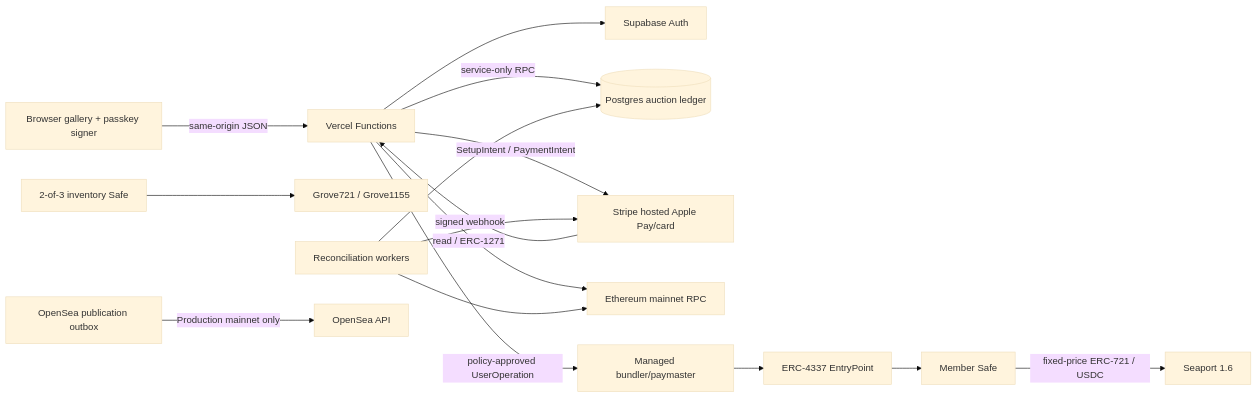
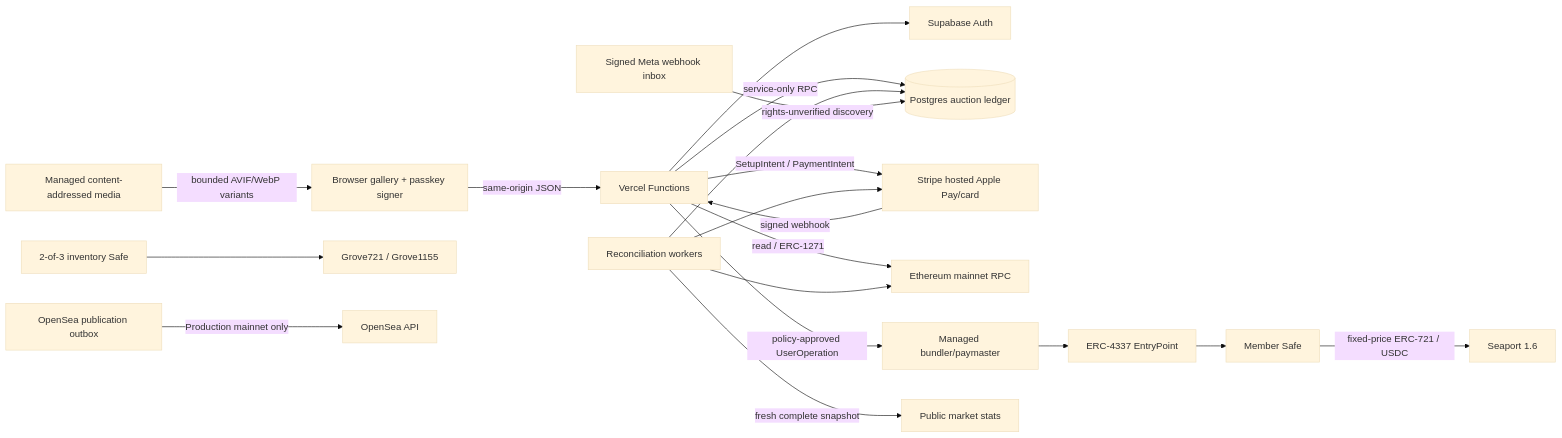
Before and after one commit to Greenpoint-Compute-Cooperative/the-old-school-website: the diagram in docs/ARCHITECTURE.md, drawn with Mermaid (base theme). The commit also changed other lines of this file and 26 other files, not shown here.

Commit message:
feat: add managed media and finalized market stats

````diff
--- a/docs/ARCHITECTURE.md
+++ b/docs/ARCHITECTURE.md
@@ -5,18 +5,21 @@
 ```mermaid
 flowchart LR
   B[Browser gallery + passkey signer] -->|same-origin JSON| V[Vercel Functions]
   V --> A[Supabase Auth]
   V -->|service-only RPC| D[(Postgres auction ledger)]
   V -->|SetupIntent / PaymentIntent| S[Stripe hosted Apple Pay/card]
   S -->|signed webhook| V
   V -->|read / ERC-1271| E[Ethereum mainnet RPC]
   V -->|policy-approved UserOperation| P[Managed bundler/paymaster]
   P --> EP[ERC-4337 EntryPoint]
   EP --> U[Member Safe]
   I[2-of-3 inventory Safe] --> N[Grove721 / Grove1155]
   C[Reconciliation workers] --> D
   C --> S
   C --> E
   U -->|fixed-price ERC-721 / USDC| SP[Seaport 1.6]
   O[OpenSea publication outbox] -->|Production mainnet only| OS[OpenSea API]
+  M[Managed content-addressed media] -->|bounded AVIF/WebP variants| B
+  IG[Signed Meta webhook inbox] -->|rights-unverified discovery| D
+  C -->|fresh complete snapshot| ST[Public market stats]
 ```
````
